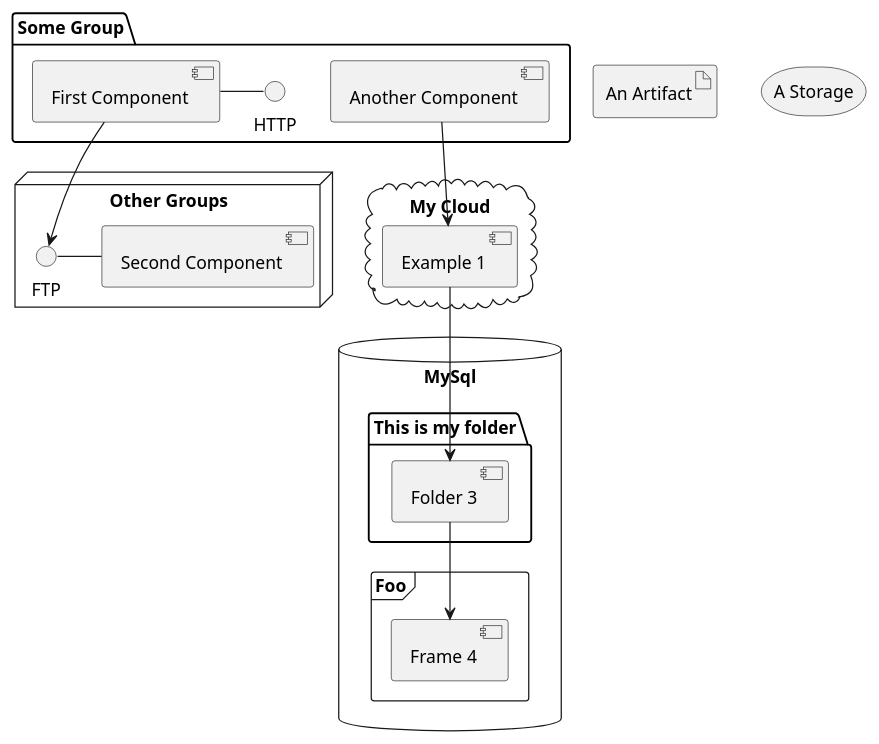
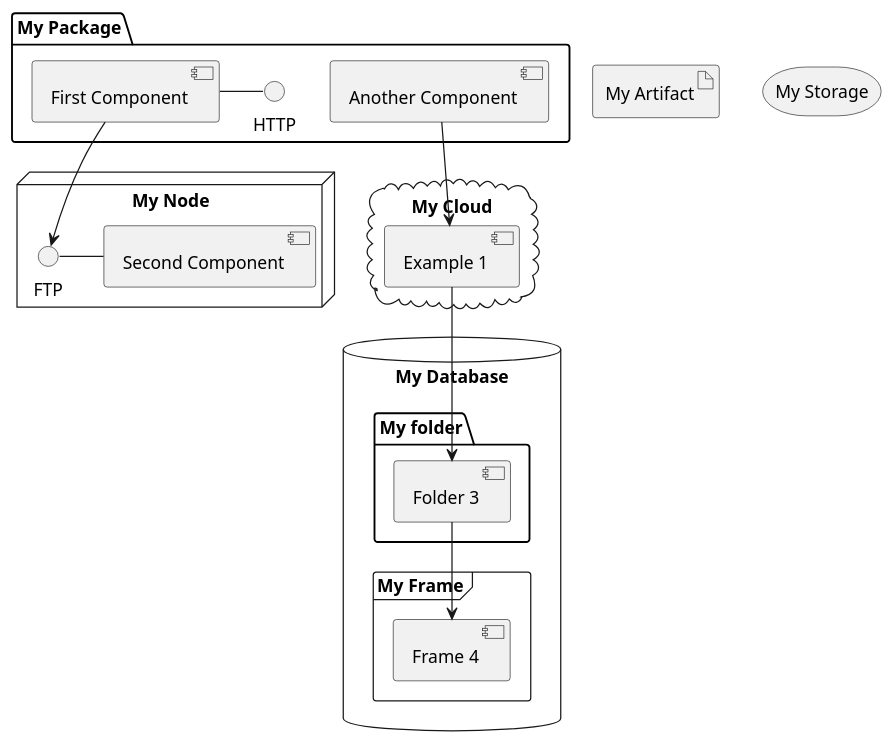
One commit to bschwarz/puml-themes changed the diagram in examples/component-ex.puml. Above: the diagram before and after it, drawn with PlantUML.

Commit message:
Change some labels of the elements

```diff
--- a/examples/component-ex.puml
+++ b/examples/component-ex.puml
@@ -1,35 +1,35 @@
 @startuml
 '!include puml-theme-cyborg.puml
 
-package "Some Group" {
+package "My Package" {
   HTTP - [First Component]
   [Another Component]
 }
  
-node "Other Groups" {
+node "My Node" {
   FTP - [Second Component]
   [First Component] --> FTP
 } 
 
 cloud "My Cloud" {
   [Example 1]
 }
 
 
-database "MySql" {
-  folder "This is my folder" {
+database "My Database" {
+  folder "My folder" {
 	[Folder 3]
   }
-  frame "Foo" {
+  frame "My Frame" {
 	[Frame 4]
   }
 }
 
-artifact "An Artifact"
-storage "A Storage"
+artifact "My Artifact"
+storage "My Storage"
 
 [Another Component] --> [Example 1]
 [Example 1] --> [Folder 3]
 [Folder 3] --> [Frame 4]
 
 @enduml
```
